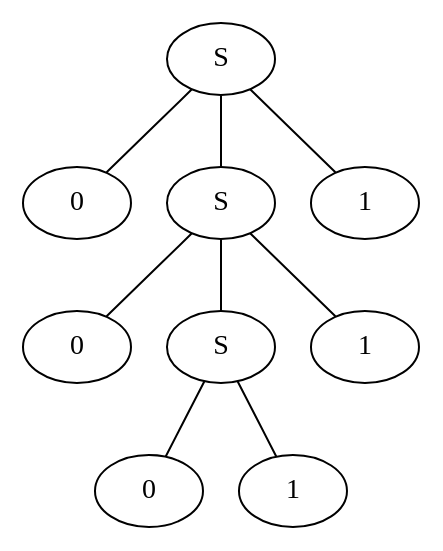
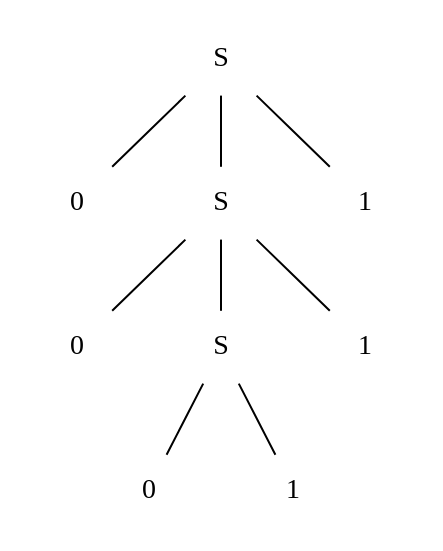
The diagram in spring15/cs450/hw/4/images/4_2_2_a1.dot (woodyhavoc/school), drawn with Graphviz before and after one commit. The commit also changed 2 other files, not shown here.

```diff
--- a/spring15/cs450/hw/4/images/4_2_2_a1.dot
+++ b/spring15/cs450/hw/4/images/4_2_2_a1.dot
@@ -1,27 +1,28 @@
 digraph _4_2_2_a1
 {
+	node [shape="plaintext"];
 	edge [arrowhead=none];
 
 	zero0 [label="0"];
 	zero1 [label="0"];
 	zero2 [label="0"];
 	
 	S0 [label="S"];
 	S1 [label="S"];
 	S2 [label="S"];
 
 	one0 [label="1"];
 	one1 [label="1"];
 	one2 [label="1"];
 
 	S0 -> zero0;
 	S0 -> S1;
 	S0 -> one0;
 
 	S1 -> zero1;
 	S1 -> S2;
 	S1 -> one1;
 
 	S2 -> zero2;
 	S2 -> one2;
 }
```
